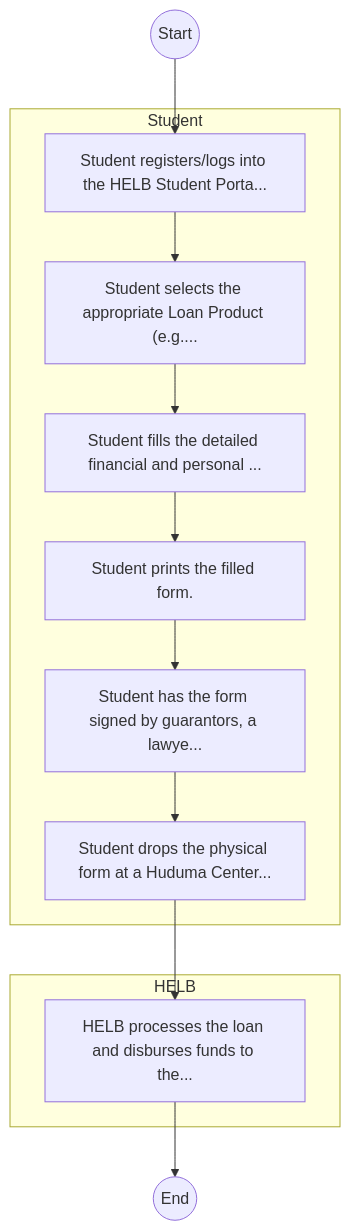
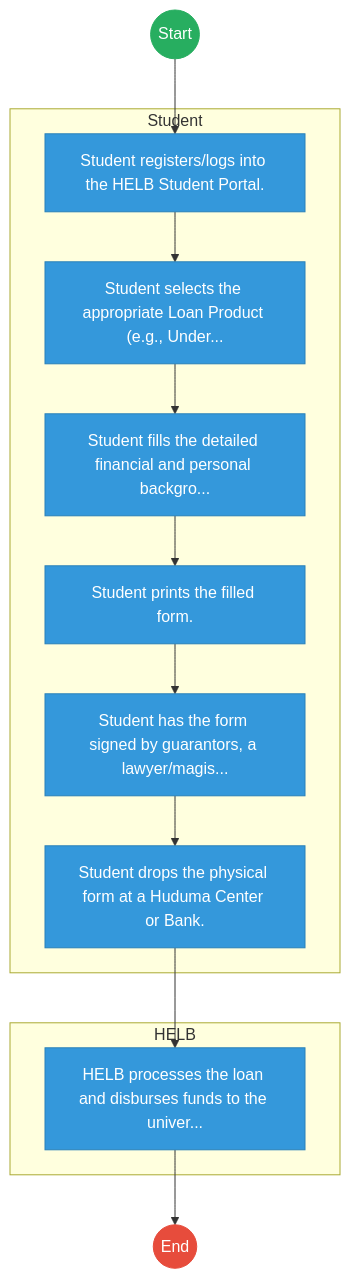
The first of 2 diagrams in mdas/docs_final/Higher_Education_Loans_Board___Loan_Processing.md (BITZ-IT-Consulting-LTD/ictapoc), drawn with Mermaid before and after one commit. The commit also changed other lines of this file and 461 other files, not shown here.

````diff
--- a/mdas/docs_final/Higher_Education_Loans_Board___Loan_Processing.md
+++ b/mdas/docs_final/Higher_Education_Loans_Board___Loan_Processing.md
@@ -20,22 +20,33 @@
 ```mermaid
 graph TD
     Start((Start)) --> S1
+
     subgraph Student [Student]
-        S1["Student registers/logs into the HELB Student Porta..."]
-        S2["Student selects the appropriate Loan Product (e.g...."]
-        S3["Student fills the detailed financial and personal ..."]
+        S1["Student registers/logs into the HELB Student Portal."]
+        S2["Student selects the appropriate Loan Product (e.g., Under..."]
+        S3["Student fills the detailed financial and personal backgro..."]
         S4["Student prints the filled form."]
-        S5["Student has the form signed by guarantors, a lawye..."]
-        S6["Student drops the physical form at a Huduma Center..."]
+        S5["Student has the form signed by guarantors, a lawyer/magis..."]
+        S6["Student drops the physical form at a Huduma Center or Bank."]
     end
+
     subgraph HELB [HELB]
-        S7["HELB processes the loan and disburses funds to the..."]
+        S7["HELB processes the loan and disburses funds to the univer..."]
     end
     S1 --> S2
     S2 --> S3
     S3 --> S4
     S4 --> S5
     S5 --> S6
     S6 --> S7
     S7 --> End((End))
+
+    classDef start fill:#27ae60,stroke:#27ae60,color:#fff;
+    classDef endNode fill:#e74c3c,stroke:#e74c3c,color:#fff;
+    classDef userTask fill:#3498db,stroke:#2980b9,color:#fff;
+    classDef serviceTask fill:#9b59b6,stroke:#8e44ad,color:#fff;
+
+    class Start start;
+    class End endNode;
+    class S1,S2,S3,S4,S5,S6,S7 userTask;
 ```
````
